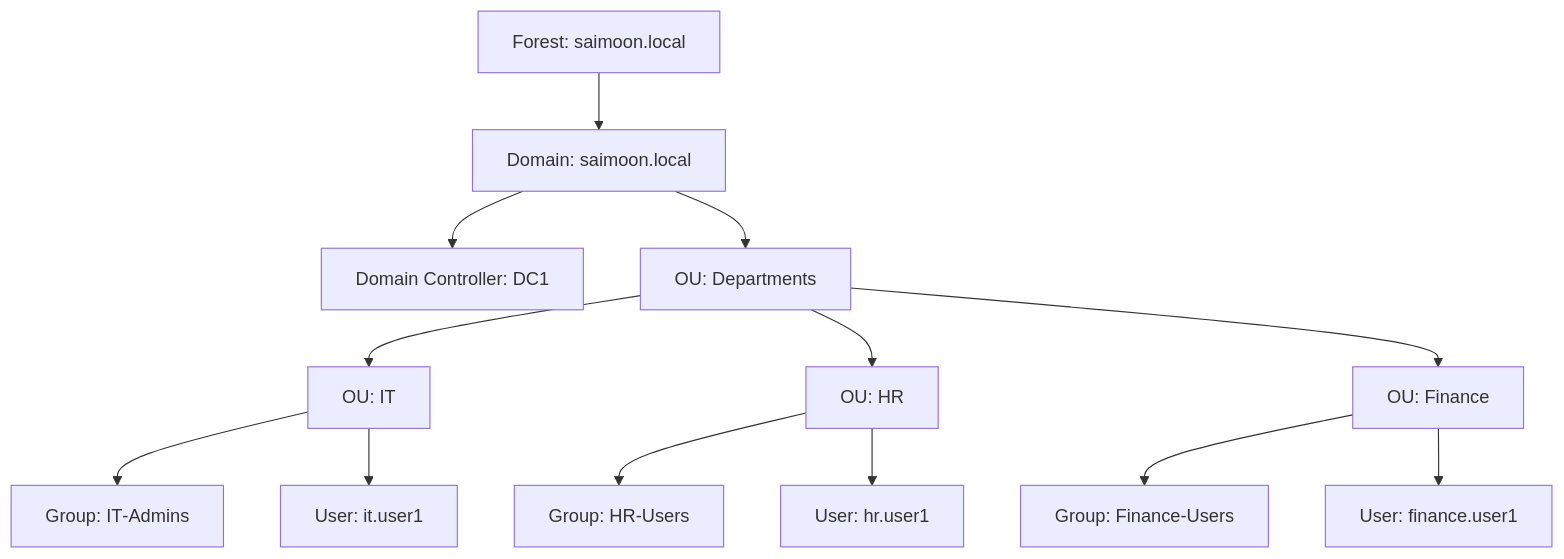
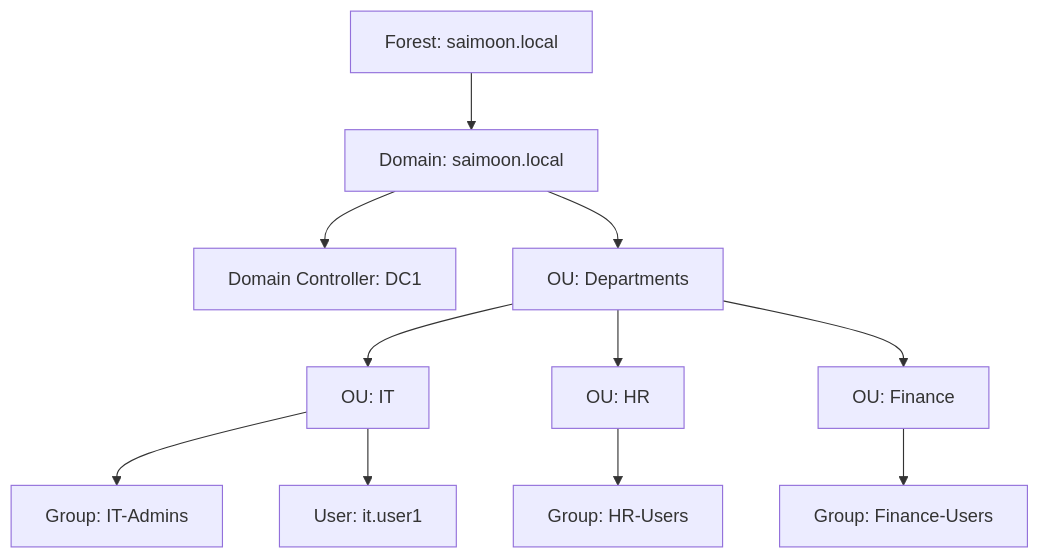
One commit to islamsaimoon/AD-DomainController-saimoon.local changed the diagram in docs/diagrams/ad-logical-diagram.mmd. Above: the diagram before and after it, drawn with Mermaid.

````diff
--- a/docs/diagrams/ad-logical-diagram.mmd
+++ b/docs/diagrams/ad-logical-diagram.mmd
@@ -1,18 +1,17 @@
 ```mermaid
 flowchart TB
-  Forest["Forest: saimoon.local"] --> Domain["Domain: saimoon.local"]
-  Domain --> DC["Domain Controller: DC1"]
 
-  Domain --> OUDept["OU: Departments"]
-  OUDept --> OUIT["OU: IT"]
-  OUDept --> OUHR["OU: HR"]
-  OUDept --> OUFIN["OU: Finance"]
+Forest["Forest: saimoon.local"] --> Domain["Domain: saimoon.local"]
+Domain --> DC["Domain Controller: DC1"]
 
-  OUIT --> GIT["Group: IT‑Admins"]
-  OUHR --> GHR["Group: HR‑Users"]
-  OUFIN --> GFIN["Group: Finance‑Users"]
+Domain --> OUDept["OU: Departments"]
+OUDept --> OUIT["OU: IT"]
+OUDept --> OUHR["OU: HR"]
+OUDept --> OUFIN["OU: Finance"]
 
-  OUIT --> UIT["User: it.user1"]
-  OUHR --> UHR["User: hr.user1"]
-  OUFIN --> UFIN["User: finance.user1"]
+OUIT --> GIT["Group: IT-Admins"]
+OUHR --> GHR["Group: HR-Users"]
+OUFIN --> GFIN["Group: Finance-Users"]
+
+OUIT --> UIT["User: it.user1"]
 ```
````
